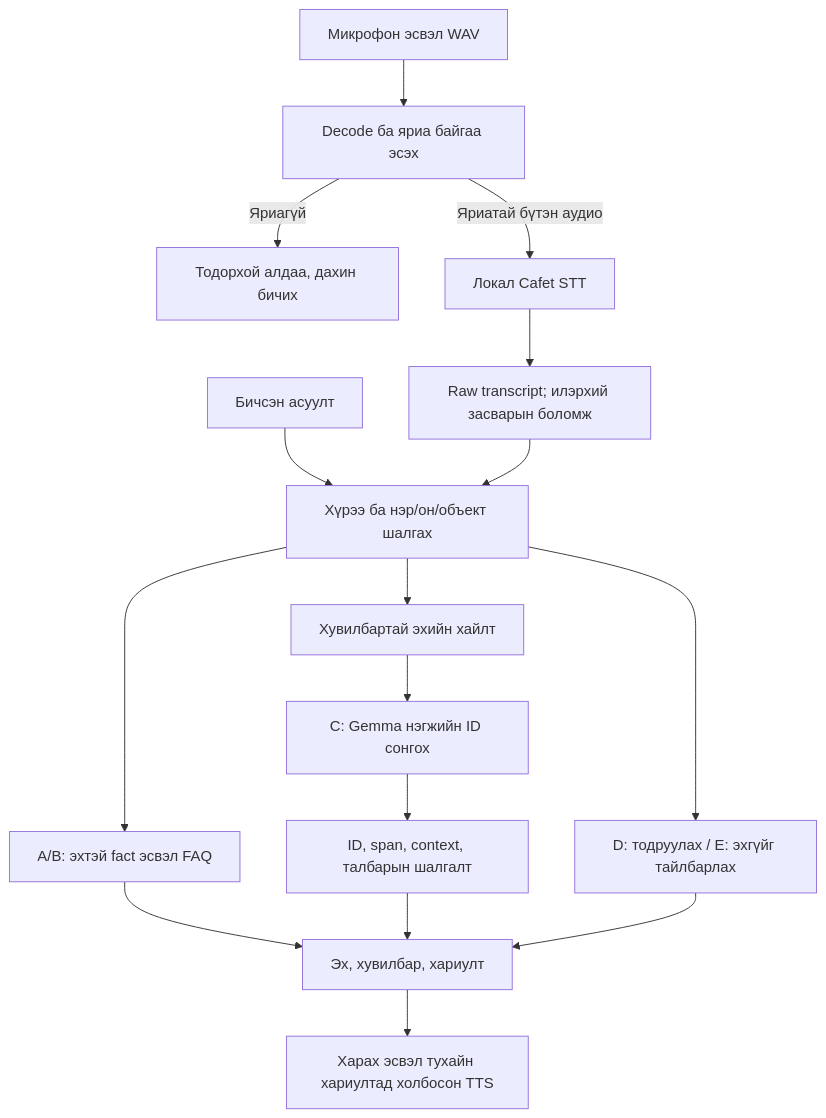
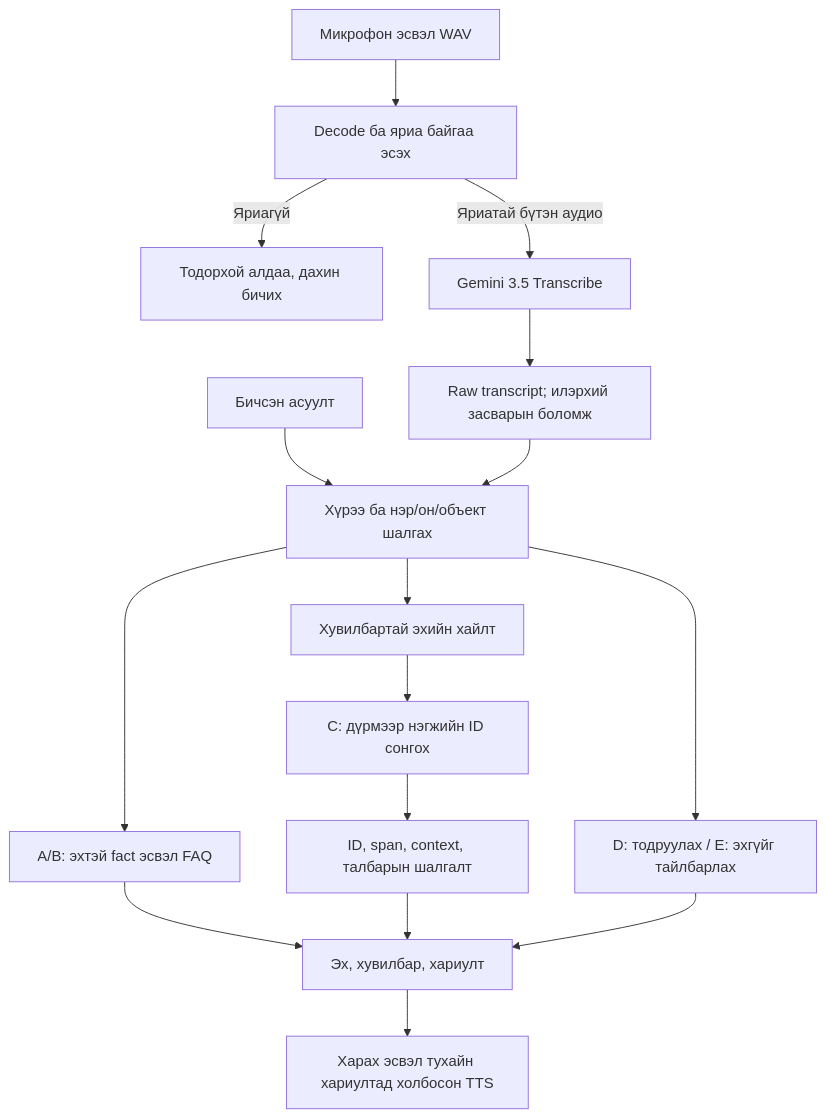
One commit to sereeindahouse/THesisS changed the diagram in papers/thesis-draft.mn.md. Above: the diagram before and after it, drawn with Mermaid. The commit also changed other lines of this file and 3 other files, not shown here.

````diff
--- a/papers/thesis-draft.mn.md
+++ b/papers/thesis-draft.mn.md
@@ -158,18 +162,18 @@
 ```mermaid
 flowchart TD
     T[Бичсэн асуулт] --> Q[Хүрээ ба нэр/он/объект шалгах]
     V[Микрофон эсвэл WAV] --> D[Decode ба яриа байгаа эсэх]
     D -->|Яриагүй| N[Тодорхой алдаа, дахин бичих]
-    D -->|Яриатай бүтэн аудио| S[Локал Cafet STT]
+    D -->|Яриатай бүтэн аудио| S[Gemini 3.5 Transcribe]
     S --> R[Raw transcript; илэрхий засварын боломж]
     R --> Q
     Q --> AB[A/B: эхтэй fact эсвэл FAQ]
     Q --> H[Хувилбартай эхийн хайлт]
-    H --> C[C: Gemma нэгжийн ID сонгох]
+    H --> C[C: дүрмээр нэгжийн ID сонгох]
     C --> G[ID, span, context, талбарын шалгалт]
     Q --> DE[D: тодруулах / E: эхгүйг тайлбарлах]
     AB --> O[Эх, хувилбар, хариулт]
     G --> O
     DE --> O
     O --> P[Харах эсвэл тухайн хариултад холбосон TTS]
 ```
````
